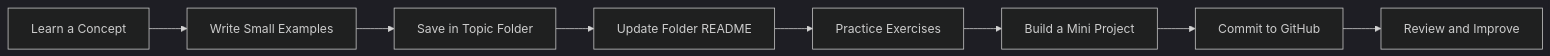
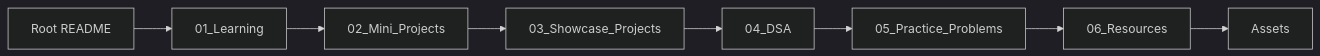
Before and after one commit to ArnavRajDas/Programming-in-Python: the third of 8 diagrams in README.md, drawn with Mermaid (dark theme). The commit also changed other lines of this file and 1 other file, not shown here.

Commit message:
Redesign README structure and repository architecture and add Assets folder

````diff
--- a/README.md
+++ b/README.md
@@ -368,10 +262,10 @@
 ```mermaid
 flowchart LR
-	A[Learn a Concept] --> B[Write Small Examples]
-	B --> C[Save in Topic Folder]
-	C --> D[Update Folder README]
-	D --> E[Practice Exercises]
-	E --> F[Build a Mini Project]
-	F --> G[Commit to GitHub]
-	G --> H[Review and Improve]
+	A[Root README] --> B[01_Learning]
+	B --> C[02_Mini_Projects]
+	C --> D[03_Showcase_Projects]
+	D --> E[04_DSA]
+	E --> F[05_Practice_Problems]
+	F --> G[06_Resources]
+	G --> H[Assets]
 ```
````
